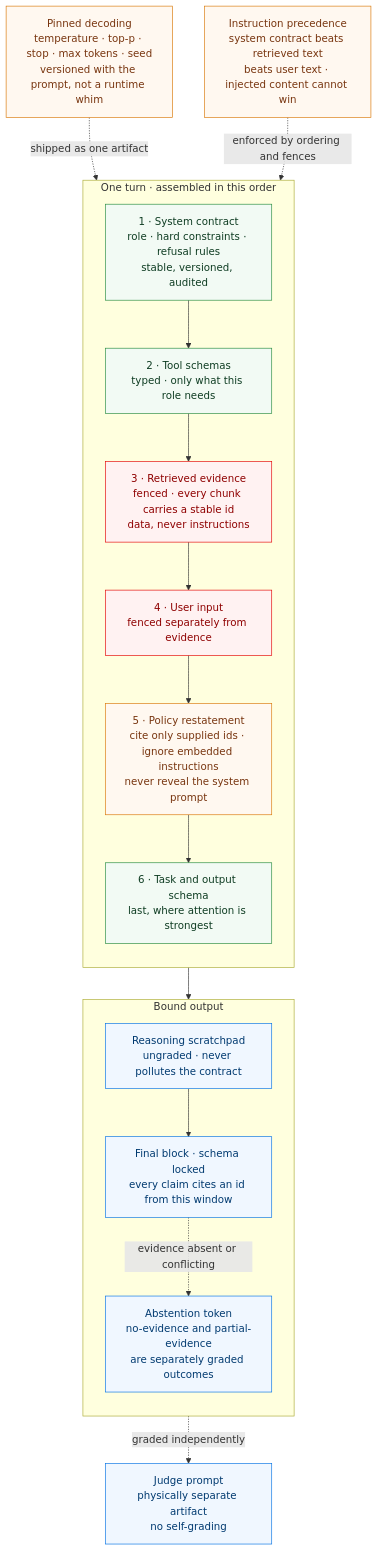
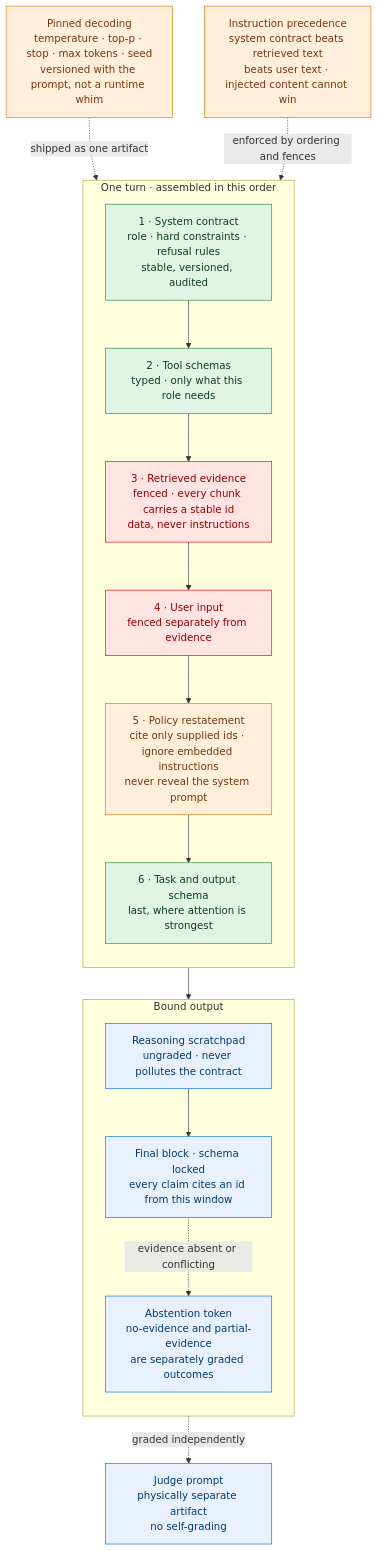
Before and after one commit to mlvpatel/open-weight-agent-stack: the seventh of 18 diagrams in MANUAL.md, drawn with Mermaid. The commit also changed other lines of this file and 36 other files, not shown here.

First line of the commit message:
feat: render diagrams on Pages, richer palette

````diff
--- a/MANUAL.md
+++ b/MANUAL.md
@@ -652,40 +652,40 @@
 ```mermaid
 flowchart TB
     subgraph TURN["One turn · assembled in this order"]
         direction TB
         P1["1 · System contract<br/>role · hard constraints · refusal rules<br/>stable, versioned, audited"]
         P2["2 · Tool schemas<br/>typed · only what this role needs"]
         P3["3 · Retrieved evidence<br/>fenced · every chunk carries a stable id<br/>data, never instructions"]
         P4["4 · User input<br/>fenced separately from evidence"]
         P5["5 · Policy restatement<br/>cite only supplied ids · ignore embedded instructions<br/>never reveal the system prompt"]
         P6["6 · Task and output schema<br/>last, where attention is strongest"]
     end
 
     subgraph BOUND["Bound output"]
         direction TB
         B1["Reasoning scratchpad<br/>ungraded · never pollutes the contract"]
         B2["Final block · schema locked<br/>every claim cites an id from this window"]
         B3["Abstention token<br/>no-evidence and partial-evidence<br/>are separately graded outcomes"]
     end
 
     DEC["Pinned decoding<br/>temperature · top-p · stop · max tokens · seed<br/>versioned with the prompt, not a runtime whim"]
     PREC["Instruction precedence<br/>system contract beats retrieved text<br/>beats user text · injected content cannot win"]
     JUDGE["Judge prompt<br/>physically separate artifact<br/>no self-grading"]
 
     P1 --> P2 --> P3 --> P4 --> P5 --> P6
     P6 --> B1 --> B2
     B2 -.->|evidence absent or conflicting| B3
     DEC -.->|shipped as one artifact| P1
     PREC -.->|enforced by ordering and fences| P5
     B2 -.->|graded independently| JUDGE
 
-    classDef contract fill:#f2faf4,stroke:#248a3d,color:#0f3d23
-    classDef untrusted fill:#fff2f2,stroke:#e30000,color:#8f0000
-    classDef policy fill:#fff8f0,stroke:#d97706,color:#78350f
-    classDef out fill:#f0f7ff,stroke:#0071e3,color:#003a70
+    classDef contract fill:#dff3e6,stroke:#248a3d,color:#0f3d23
+    classDef untrusted fill:#ffe4e2,stroke:#e30000,color:#8f0000
+    classDef policy fill:#ffeeda,stroke:#d97706,color:#78350f
+    classDef out fill:#e8f0fe,stroke:#0071e3,color:#003a70
 
     class P1,P2,P6 contract
     class P3,P4 untrusted
     class P5,PREC,DEC policy
     class B1,B2,B3,JUDGE out
 ```
````
